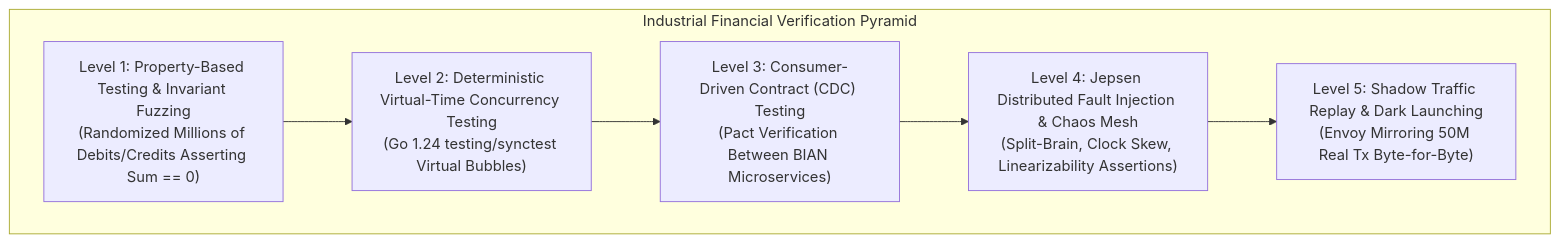
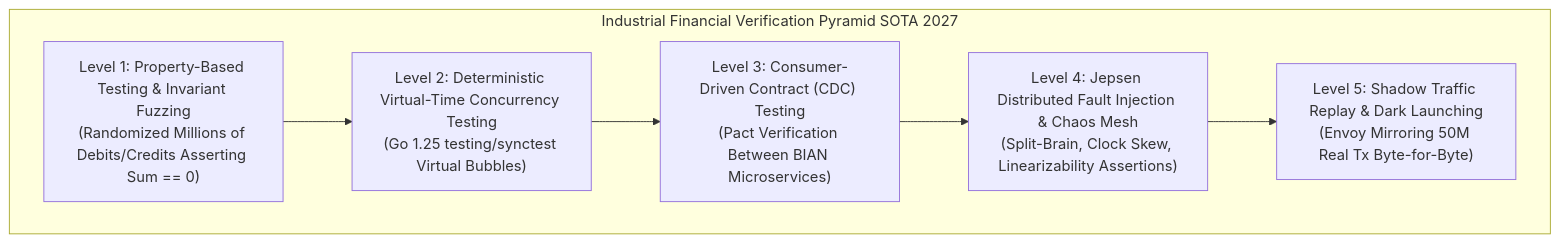
Before and after one commit to vesviet/vesviet: the first of 2 diagrams in content/series/core-banking-architecture/part-8-qa-sdet-handbook.md, drawn with Mermaid. The commit also changed other lines of this file and 90 other files, not shown here.

````diff
--- a/content/series/core-banking-architecture/part-8-qa-sdet-handbook.md
+++ b/content/series/core-banking-architecture/part-8-qa-sdet-handbook.md
@@ -40,12 +37,12 @@
 ```mermaid
 flowchart TD
-    subgraph Testing_Pyramid ["Industrial Financial Verification Pyramid"]
+    subgraph Testing_Pyramid ["Industrial Financial Verification Pyramid SOTA 2027"]
         L5["Level 5: Shadow Traffic Replay & Dark Launching<br/>(Envoy Mirroring 50M Real Tx Byte-for-Byte)"]
         L4["Level 4: Jepsen Distributed Fault Injection & Chaos Mesh<br/>(Split-Brain, Clock Skew, Linearizability Assertions)"]
         L3["Level 3: Consumer-Driven Contract (CDC) Testing<br/>(Pact Verification Between BIAN Microservices)"]
-        L2["Level 2: Deterministic Virtual-Time Concurrency Testing<br/>(Go 1.24 testing/synctest Virtual Bubbles)"]
+        L2["Level 2: Deterministic Virtual-Time Concurrency Testing<br/>(Go 1.25 testing/synctest Virtual Bubbles)"]
         L1["Level 1: Property-Based Testing & Invariant Fuzzing<br/>(Randomized Millions of Debits/Credits Asserting Sum == 0)"]
 
         L1 --> L2 --> L3 --> L4 --> L5
     end
 ```
````
